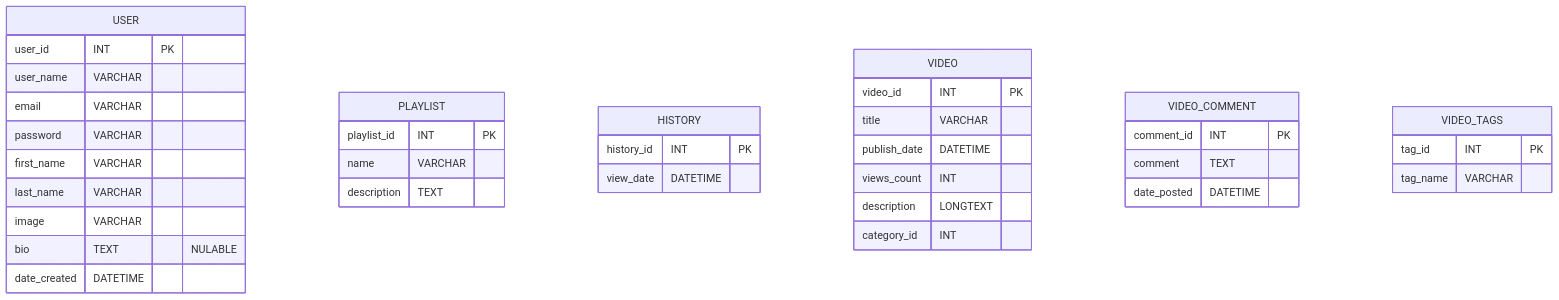
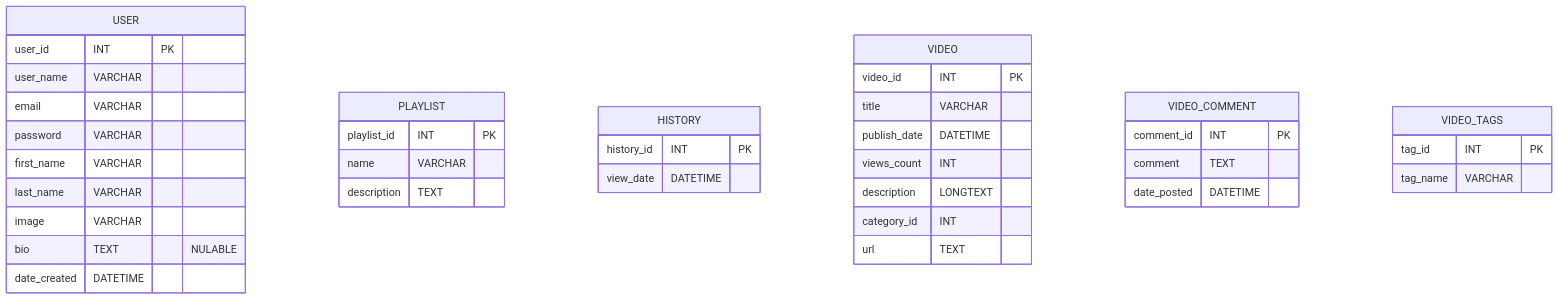
The second of 3 diagrams in README.md (javier-arango/codeflix), drawn with Mermaid before and after one commit. The commit also changed other lines of this file and 5 other files, not shown here.

````diff
--- a/README.md
+++ b/README.md
@@ -87,45 +87,46 @@
 ```mermaid
 erDiagram
     USER {
         user_id INT PK
         user_name VARCHAR
         email VARCHAR
         password VARCHAR
         first_name VARCHAR
         last_name VARCHAR
         image VARCHAR
         bio TEXT "NULABLE"
         date_created DATETIME
     }
 
     PLAYLIST {
         playlist_id INT PK
         name VARCHAR
         description TEXT
     }
     
     HISTORY {
         history_id INT PK
         view_date DATETIME
     }
     
     VIDEO {
         video_id INT PK
         title VARCHAR
         publish_date DATETIME
         views_count INT
         description LONGTEXT
         category_id INT
+        url TEXT
     }
     
     VIDEO_COMMENT {
         comment_id INT PK
         comment TEXT
         date_posted DATETIME
     }
     
     VIDEO_TAGS {
         tag_id INT PK
         tag_name VARCHAR
     }
 ```
````
